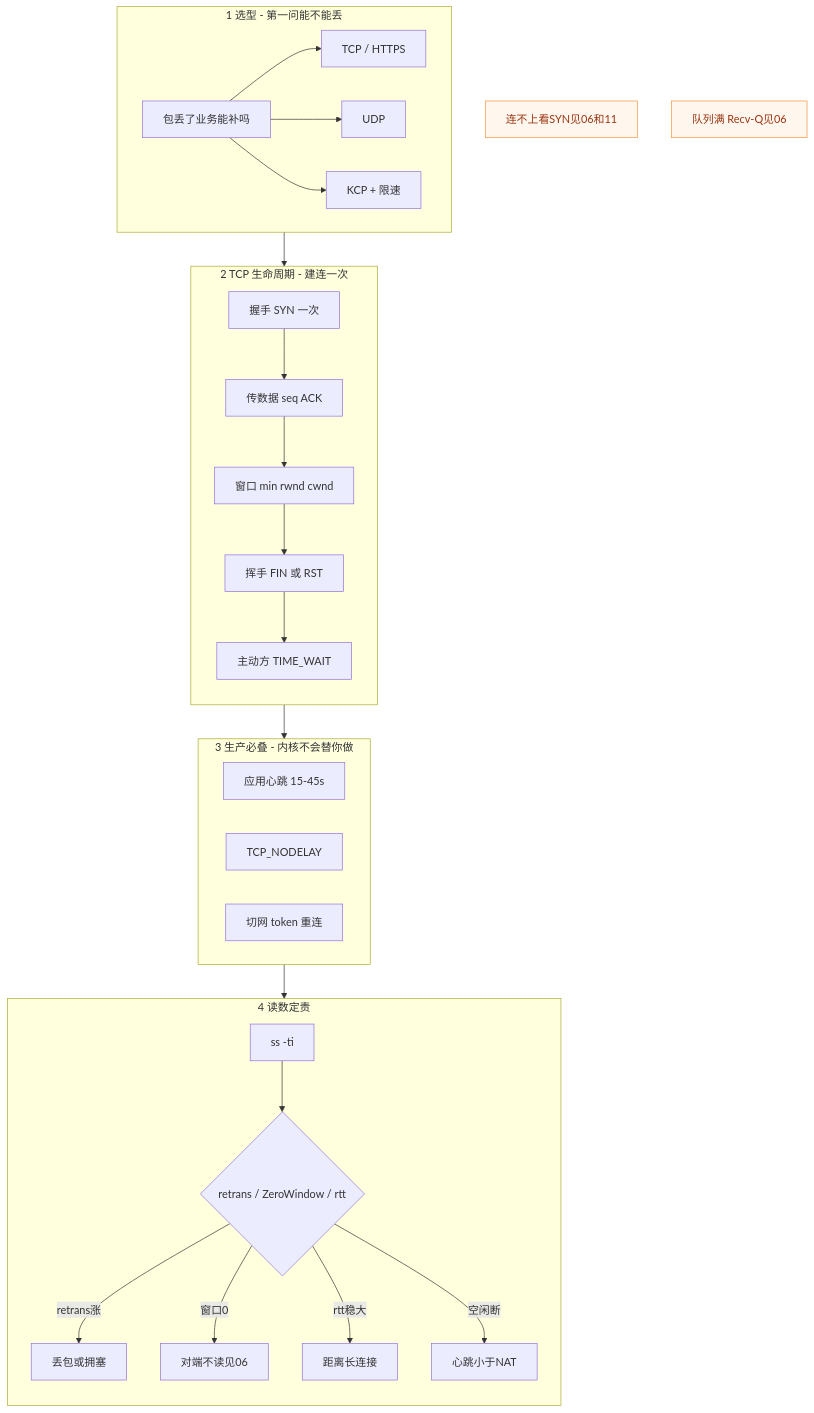
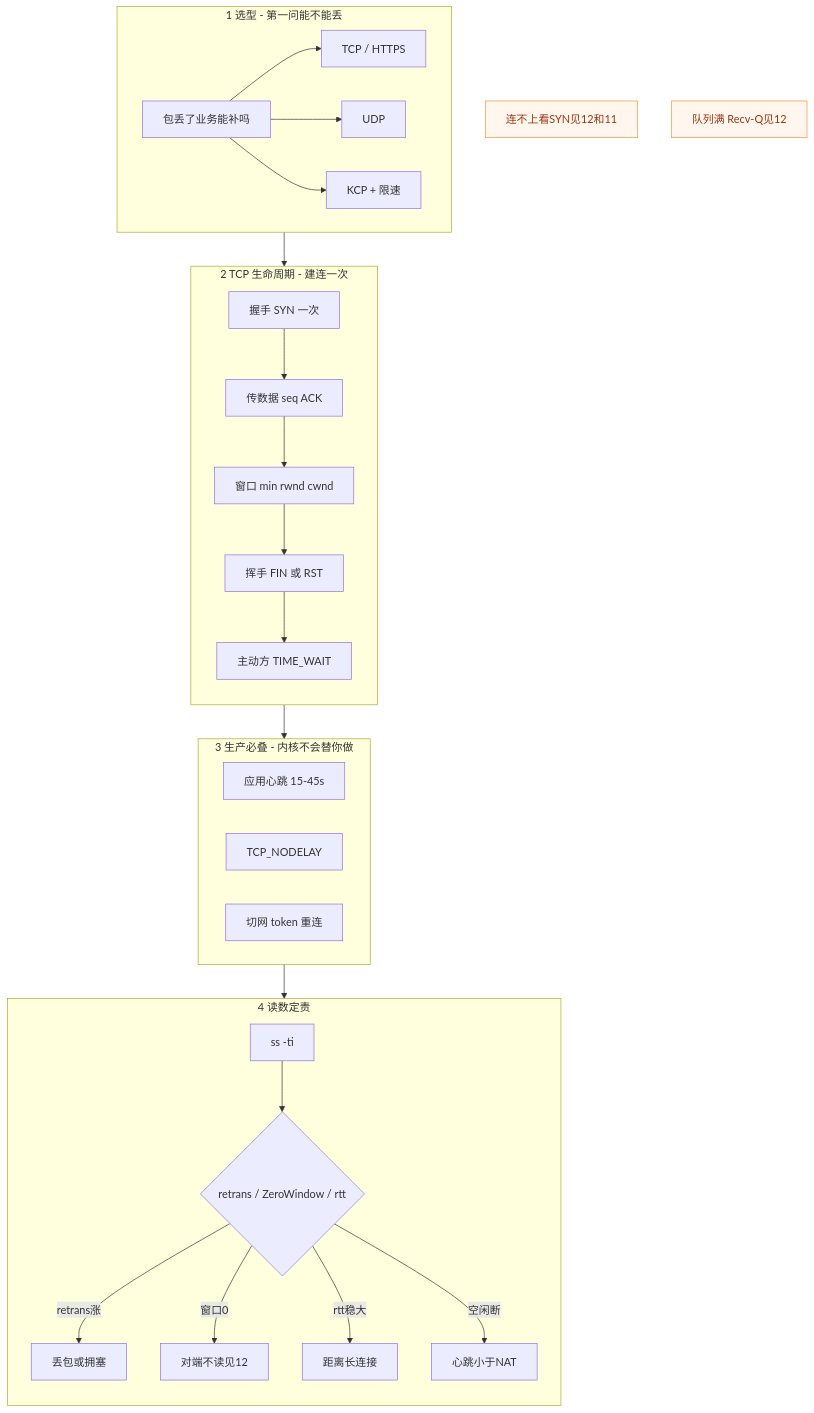
Before and after one commit to ml-cuizijun/LearnToLilith: the first of 5 diagrams in 01-基础底座/13-TCP与UDP/知识点.md, drawn with Mermaid. The commit also changed other lines of this file and 56 other files, not shown here.

````diff
--- a/01-基础底座/13-TCP与UDP/知识点.md
+++ b/01-基础底座/13-TCP与UDP/知识点.md
@@ -54,46 +54,46 @@
 ```mermaid
 flowchart TB
     classDef choose fill:#1D4ED8,stroke:#1E3A8A,color:#fff
     classDef life fill:#047857,stroke:#065F46,color:#fff
     classDef prod fill:#C2410C,stroke:#9A3412,color:#fff
     classDef read fill:#7C3AED,stroke:#5B21B6,color:#fff
     classDef note fill:#FFF7ED,stroke:#FB923C,color:#9A3412
 
     subgraph SEL["1 选型 - 第一问能不能丢"]
         direction LR
         Q1["包丢了业务能补吗"] --> T["TCP / HTTPS"]
         Q1 --> U["UDP"]
         Q1 --> K["KCP + 限速"]
     end
 
     subgraph LIFE["2 TCP 生命周期 - 建连一次"]
         direction TB
         H["握手 SYN 一次"] --> D["传数据 seq ACK"]
         D --> W["窗口 min rwnd cwnd"]
         W --> X["挥手 FIN 或 RST"]
         X --> TW["主动方 TIME_WAIT"]
     end
 
     subgraph PROD["3 生产必叠 - 内核不会替你做"]
         direction LR
         P1["应用心跳 15-45s"]
         P2["TCP_NODELAY"]
         P3["切网 token 重连"]
     end
 
     subgraph READ["4 读数定责"]
         direction TB
         R1["ss -ti"] --> R2{"retrans / ZeroWindow / rtt"}
         R2 -->|retrans涨| R3["丢包或拥塞"]
-        R2 -->|窗口0| R4["对端不读见06"]
+        R2 -->|窗口0| R4["对端不读见12"]
         R2 -->|rtt稳大| R5["距离长连接"]
         R2 -->|空闲断| R6["心跳小于NAT"]
     end
 
     SEL --> LIFE
     LIFE --> PROD
     PROD --> READ
 
-    N1["连不上看SYN见06和11"]:::note
-    N2["队列满 Recv-Q见06"]:::note
+    N1["连不上看SYN见12和11"]:::note
+    N2["队列满 Recv-Q见12"]:::note
 ```
````
